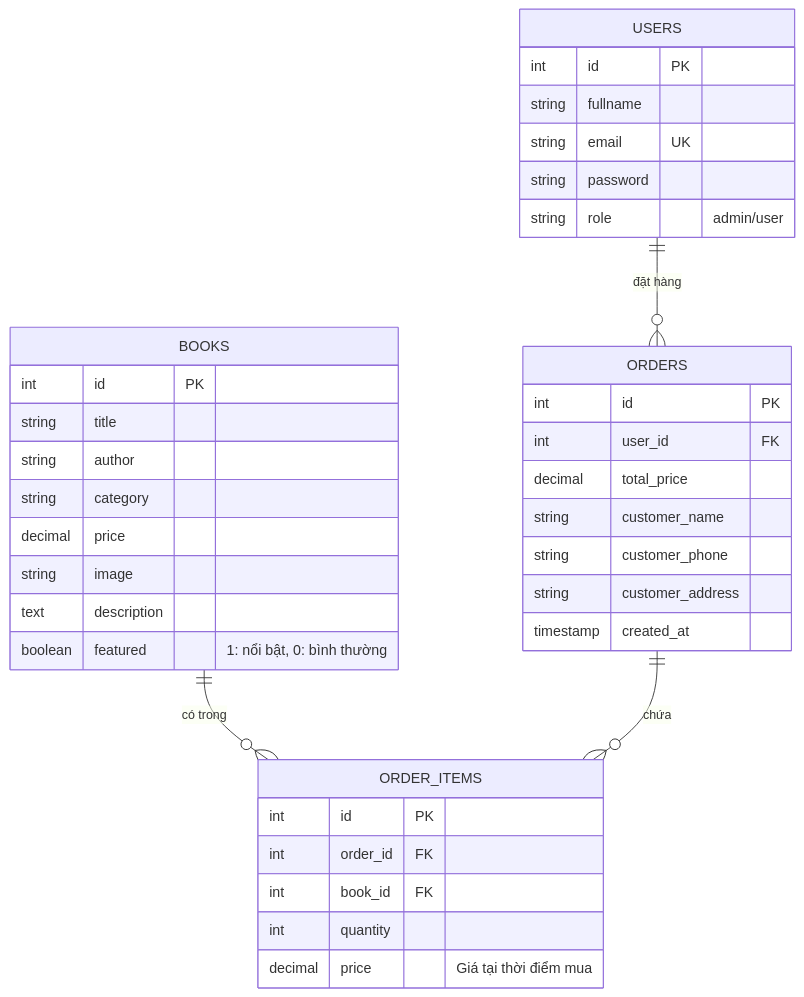
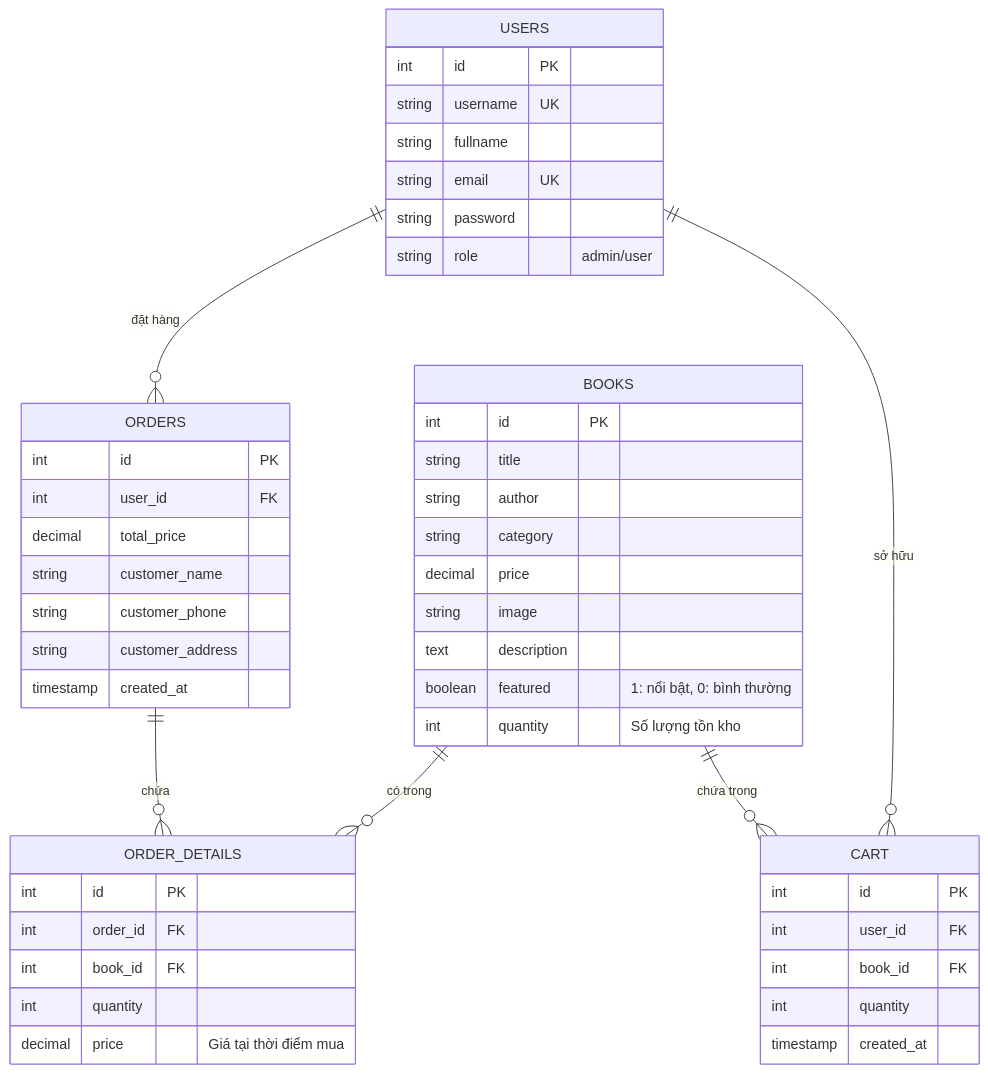
The diagram in database_design.md (TrongLe05/Demo-PHP), drawn with Mermaid before and after one commit. The commit also changed other lines of this file and 15 other files, not shown here.

Commit message:
add: đăng nhập = username, thêm số lượng sản phẩm

````diff
--- a/database_design.md
+++ b/database_design.md
@@ -11,43 +11,55 @@
 ```mermaid
 erDiagram
     USERS ||--o{ ORDERS : "đặt hàng"
-    BOOKS ||--o{ ORDER_ITEMS : "có trong"
-    ORDERS ||--o{ ORDER_ITEMS : "chứa"
+    BOOKS ||--o{ ORDER_DETAILS : "có trong"
+    ORDERS ||--o{ ORDER_DETAILS : "chứa"
+    USERS ||--o{ CART : "sở hữu"
+    BOOKS ||--o{ CART : "chứa trong"
 
     USERS {
         int id PK
+        string username UK
         string fullname
         string email UK
         string password
         string role "admin/user"
     }
 
     BOOKS {
         int id PK
         string title
         string author
         string category
         decimal price
         string image
         text description
         boolean featured "1: nổi bật, 0: bình thường"
+        int quantity "Số lượng tồn kho"
     }
 
     ORDERS {
         int id PK
         int user_id FK
         decimal total_price
         string customer_name
         string customer_phone
         string customer_address
         timestamp created_at
     }
 
-    ORDER_ITEMS {
+    ORDER_DETAILS {
         int id PK
         int order_id FK
         int book_id FK
         int quantity
         decimal price "Giá tại thời điểm mua"
     }
+
+    CART {
+        int id PK
+        int user_id FK
+        int book_id FK
+        int quantity
+        timestamp created_at
+    }
 ```
````
